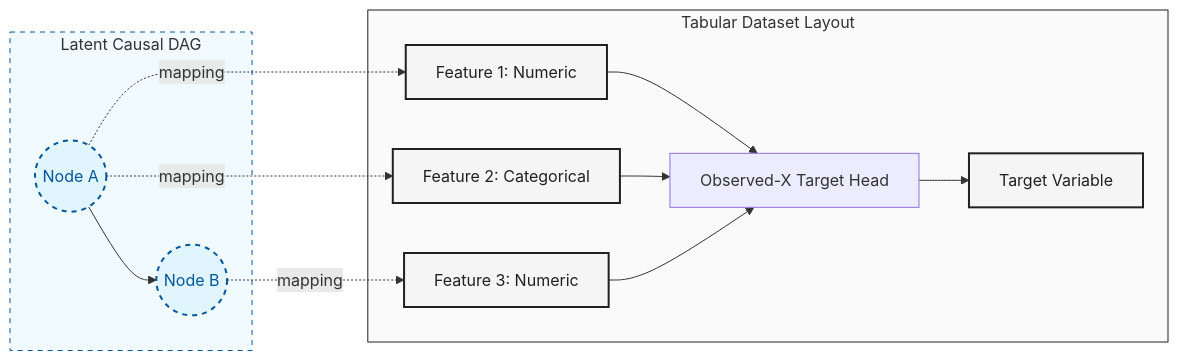
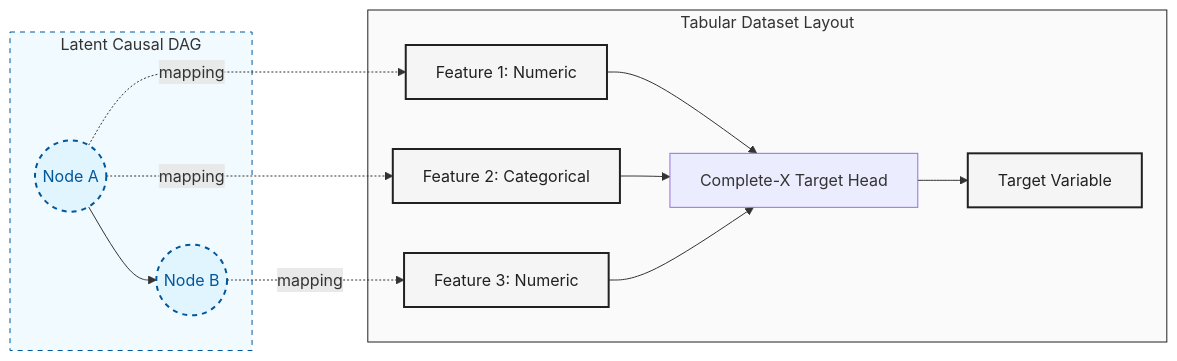
One commit to bensonlee5/cauchy-generator changed the second of 2 diagrams in README.md. Above: the diagram before and after it, drawn with Mermaid. The commit also changed other lines of this file and 25 other files, not shown here.

````diff
--- a/README.md
+++ b/README.md
@@ -39,31 +43,31 @@
 ```mermaid
 flowchart LR
     classDef latent fill:#e1f5fe,stroke:#01579b,stroke-width:2px,color:#01579b,stroke-dasharray: 5 5
     classDef observable fill:#f5f5f5,stroke:#212121,stroke-width:2px,color:#212121
 
     subgraph LatentSpace [Latent Causal DAG]
         NodeA((Node A)) --> NodeB((Node B))
     end
 
     subgraph ObservableSpace [Tabular Dataset Layout]
         Feat1[Feature 1: Numeric]
         Feat2[Feature 2: Categorical]
         Feat3[Feature 3: Numeric]
-        Head[Observed-X Target Head]
+        Head[Complete-X Target Head]
         Target[Target Variable]
     end
 
     NodeA -. mapping .-> Feat1
     NodeA -. mapping .-> Feat2
     NodeB -. mapping .-> Feat3
     Feat1 --> Head
     Feat2 --> Head
     Feat3 --> Head
     Head --> Target
 
     class NodeA,NodeB latent
     class Feat1,Feat2,Feat3,Target observable
 
     style LatentSpace fill:#f0faff,stroke:#01579b,stroke-dasharray: 5 5
     style ObservableSpace fill:#fafafa,stroke:#212121
 ```
````
